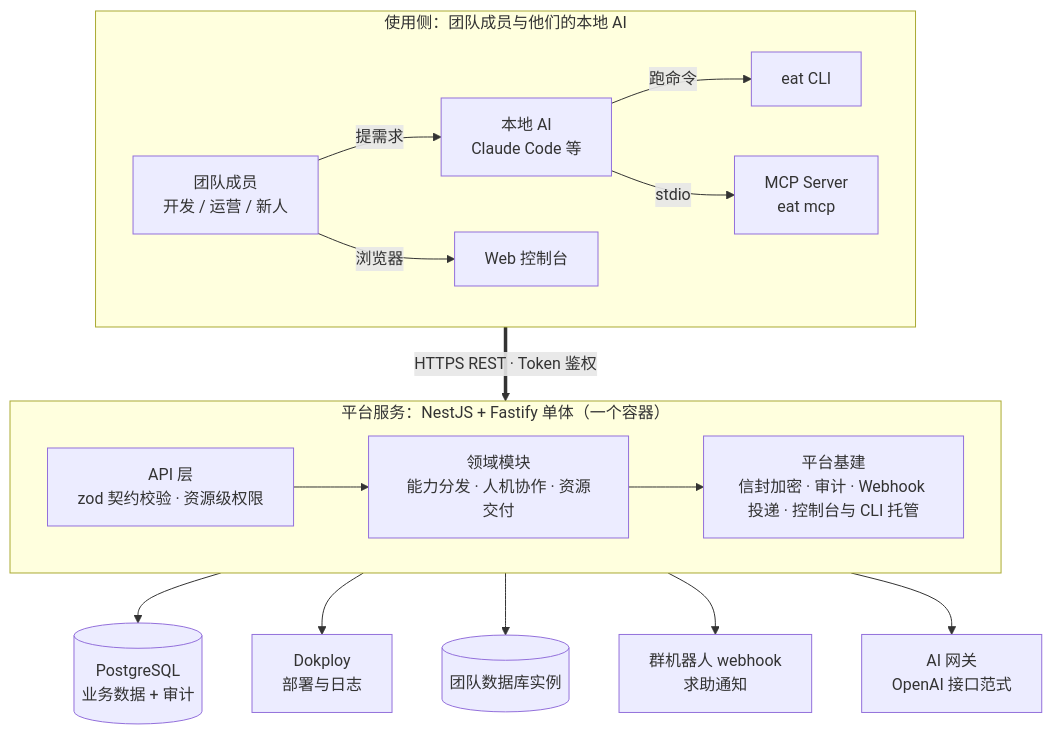
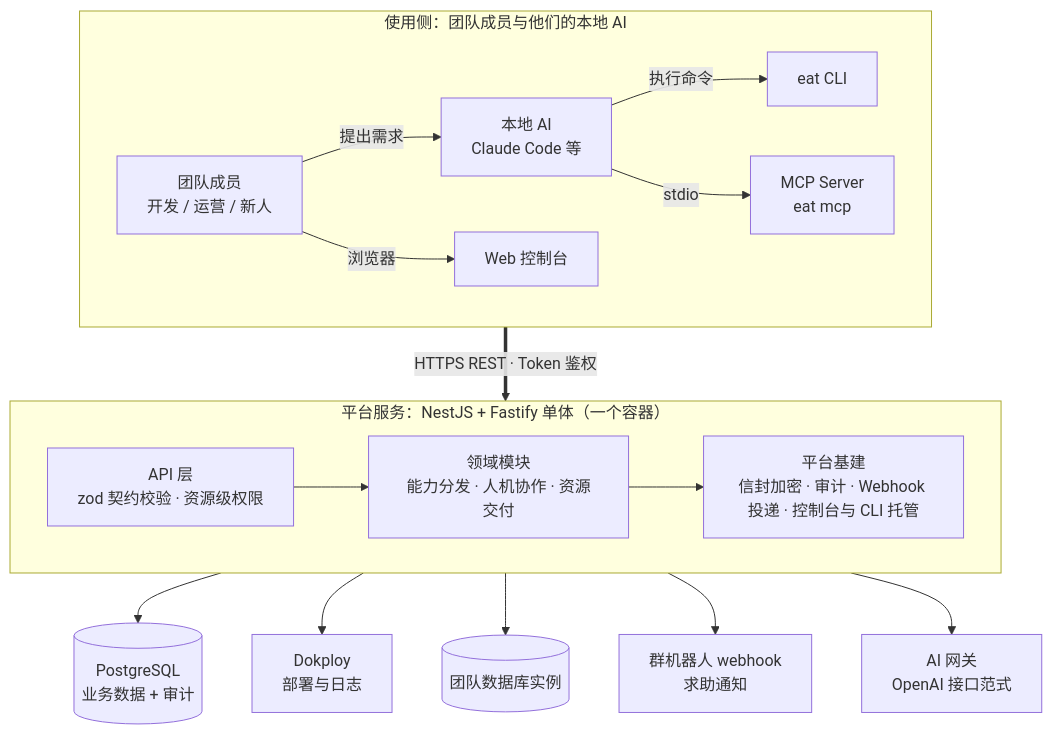
Before and after one commit to othorizon/easy-agent-team: the diagram in README.md, drawn with Mermaid. The commit also changed other lines of this file, not shown here.

````diff
--- a/README.md
+++ b/README.md
@@ -17,30 +37,30 @@
 ```mermaid
 flowchart TB
     subgraph U["使用侧：团队成员与他们的本地 AI"]
         direction LR
         P["团队成员<br/>开发 / 运营 / 新人"]
         AI["本地 AI<br/>Claude Code 等"]
         CLI["eat CLI"]
         MCPS["MCP Server<br/>eat mcp"]
         WEB["Web 控制台"]
-        P -->|"提需求"| AI
+        P -->|"提出需求"| AI
         P -->|"浏览器"| WEB
-        AI -->|"跑命令"| CLI
+        AI -->|"执行命令"| CLI
         AI -->|"stdio"| MCPS
     end
 
     U ==>|"HTTPS REST · Token 鉴权"| S
 
     subgraph S["平台服务：NestJS + Fastify 单体（一个容器）"]
         API["API 层<br/>zod 契约校验 · 资源级权限"]
         DOM["领域模块<br/>能力分发 · 人机协作 · 资源交付"]
         INF["平台基建<br/>信封加密 · 审计 · Webhook 投递 · 控制台与 CLI 托管"]
         API --> DOM --> INF
     end
 
     S --> PG[("PostgreSQL<br/>业务数据 + 审计")]
     S --> DOK["Dokploy<br/>部署与日志"]
     S --> TDB[("团队数据库实例")]
     S --> IM["群机器人 webhook<br/>求助通知"]
     S --> LLM["AI 网关<br/>OpenAI 接口范式"]
 ```
````
